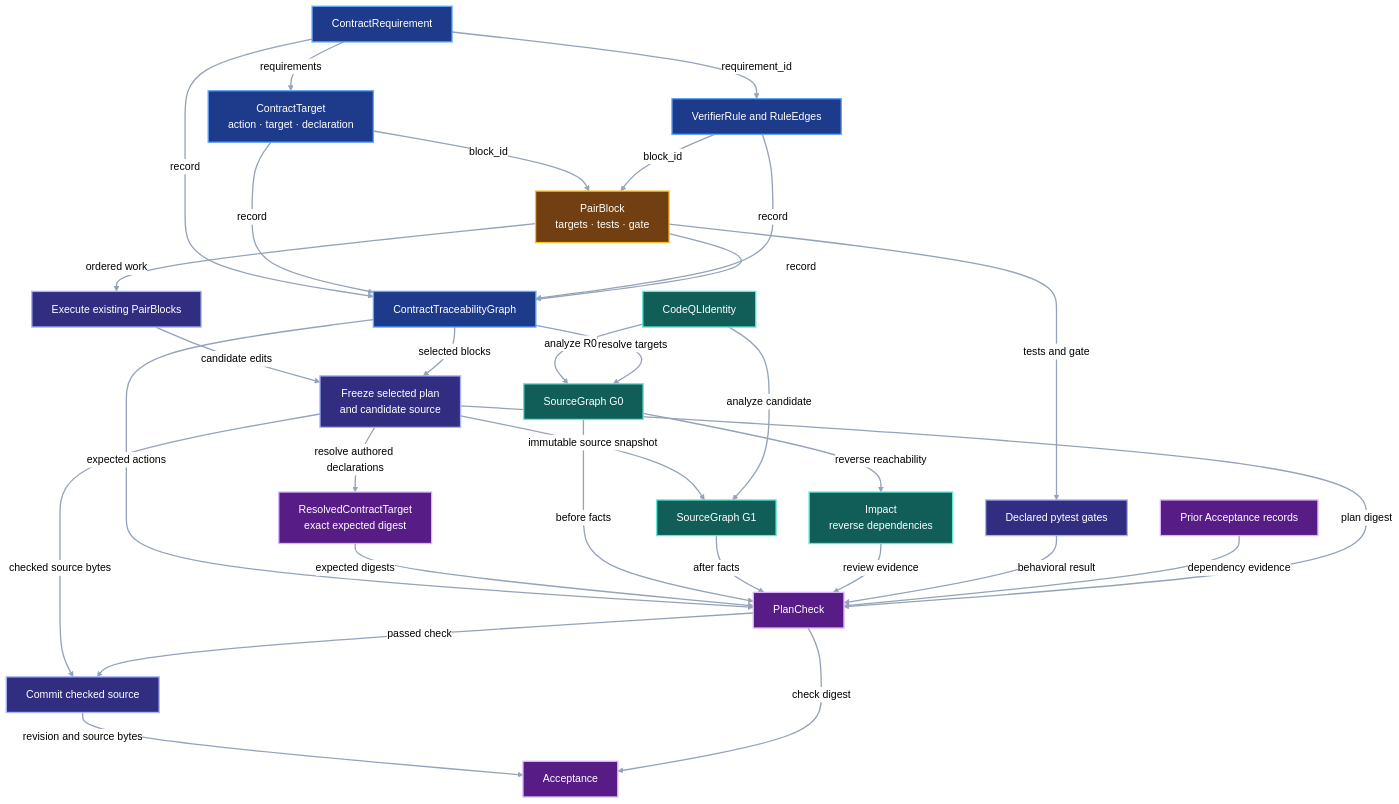
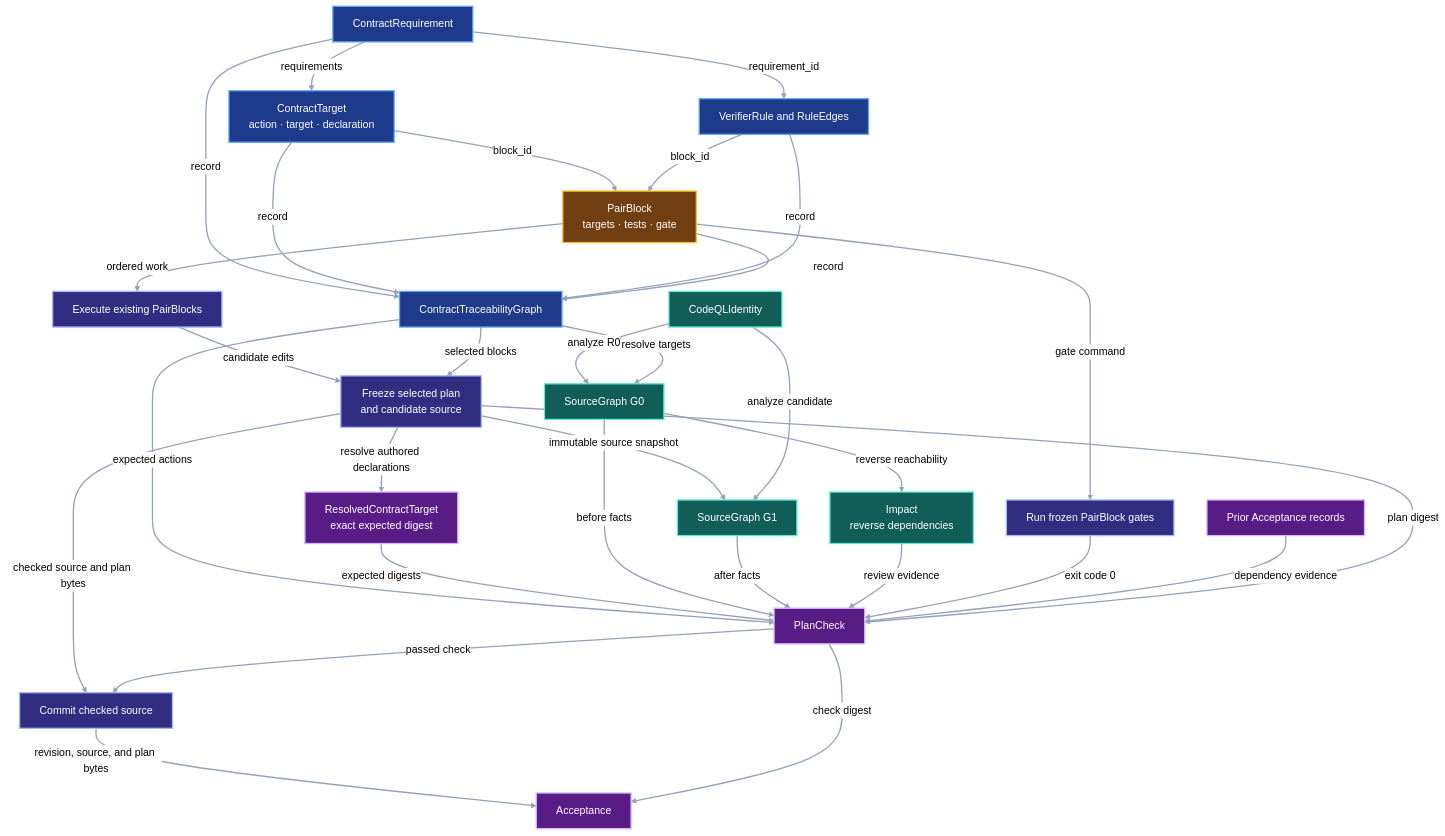
One commit to pvd232/viper changed the third of 3 diagrams in docs/development/system-impact-compiler.md. Above: the diagram before and after it, drawn with Mermaid (neutral theme). The commit also changed other lines of this file and 3 other files, not shown here.

````diff
--- a/docs/development/system-impact-compiler.md
+++ b/docs/development/system-impact-compiler.md
@@ -183,63 +187,63 @@
 ```mermaid
 flowchart TB
     Requirement["ContractRequirement"]
     Target["ContractTarget<br/>action · target · declaration"]
     Rule["VerifierRule and RuleEdges"]
     Block["PairBlock<br/>targets · tests · gate"]
     CTG["ContractTraceabilityGraph"]
     CodeQL["CodeQLIdentity"]
     G0["SourceGraph G0"]
     Impact["Impact<br/>reverse dependencies"]
     Execute["Execute existing PairBlocks"]
     Freeze["Freeze selected plan<br/>and candidate source"]
     G1["SourceGraph G1"]
     Resolved["ResolvedContractTarget<br/>exact expected digest"]
     Check["PlanCheck"]
-    Tests["Declared pytest gates"]
+    Gates["Run frozen PairBlock gates"]
     Prior["Prior Acceptance records"]
     Commit["Commit checked source"]
     Acceptance["Acceptance"]
 
     Requirement -->|"requirements"| Target
     Requirement -->|"requirement_id"| Rule
     Target -->|"block_id"| Block
     Rule -->|"block_id"| Block
     Requirement -->|"record"| CTG
     Target -->|"record"| CTG
     Rule -->|"record"| CTG
     Block -->|"record"| CTG
     CodeQL -->|"analyze R0"| G0
     CTG -->|"resolve targets"| G0
     G0 -->|"reverse reachability"| Impact
     Block -->|"ordered work"| Execute
     Execute -->|"candidate edits"| Freeze
     CTG -->|"selected blocks"| Freeze
     Freeze -->|"immutable source snapshot"| G1
     Freeze -->|"resolve authored declarations"| Resolved
     CodeQL -->|"analyze candidate"| G1
     CTG -->|"expected actions"| Check
     Resolved -->|"expected digests"| Check
     G0 -->|"before facts"| Check
     G1 -->|"after facts"| Check
     Impact -->|"review evidence"| Check
-    Block -->|"tests and gate"| Tests
-    Tests -->|"behavioral result"| Check
+    Block -->|"gate command"| Gates
+    Gates -->|"exit code 0"| Check
     Prior -->|"dependency evidence"| Check
     Freeze -->|"plan digest"| Check
-    Freeze -->|"checked source bytes"| Commit
+    Freeze -->|"checked source and plan bytes"| Commit
     Check -->|"passed check"| Commit
-    Commit -->|"revision and source bytes"| Acceptance
+    Commit -->|"revision, source, and plan bytes"| Acceptance
     Check -->|"check digest"| Acceptance
 
     class Requirement,Target,Rule,CTG contract
     class Block checklist
     class CodeQL,G0,G1,Impact evidence
-    class Execute,Freeze,Tests,Commit implementation
+    class Execute,Freeze,Gates,Commit implementation
     class Resolved,Prior,Check,Acceptance output
     classDef contract fill:#1e3a8a,stroke:#60a5fa,color:#ffffff,stroke-width:2px
     classDef checklist fill:#713f12,stroke:#fbbf24,color:#ffffff,stroke-width:2px
     classDef evidence fill:#115e59,stroke:#5eead4,color:#ffffff,stroke-width:2px
     classDef implementation fill:#312e81,stroke:#a5b4fc,color:#ffffff,stroke-width:2px
     classDef output fill:#581c87,stroke:#d8b4fe,color:#ffffff,stroke-width:2px
     linkStyle default stroke:#94a3b8,stroke-width:2px
 ```
````
